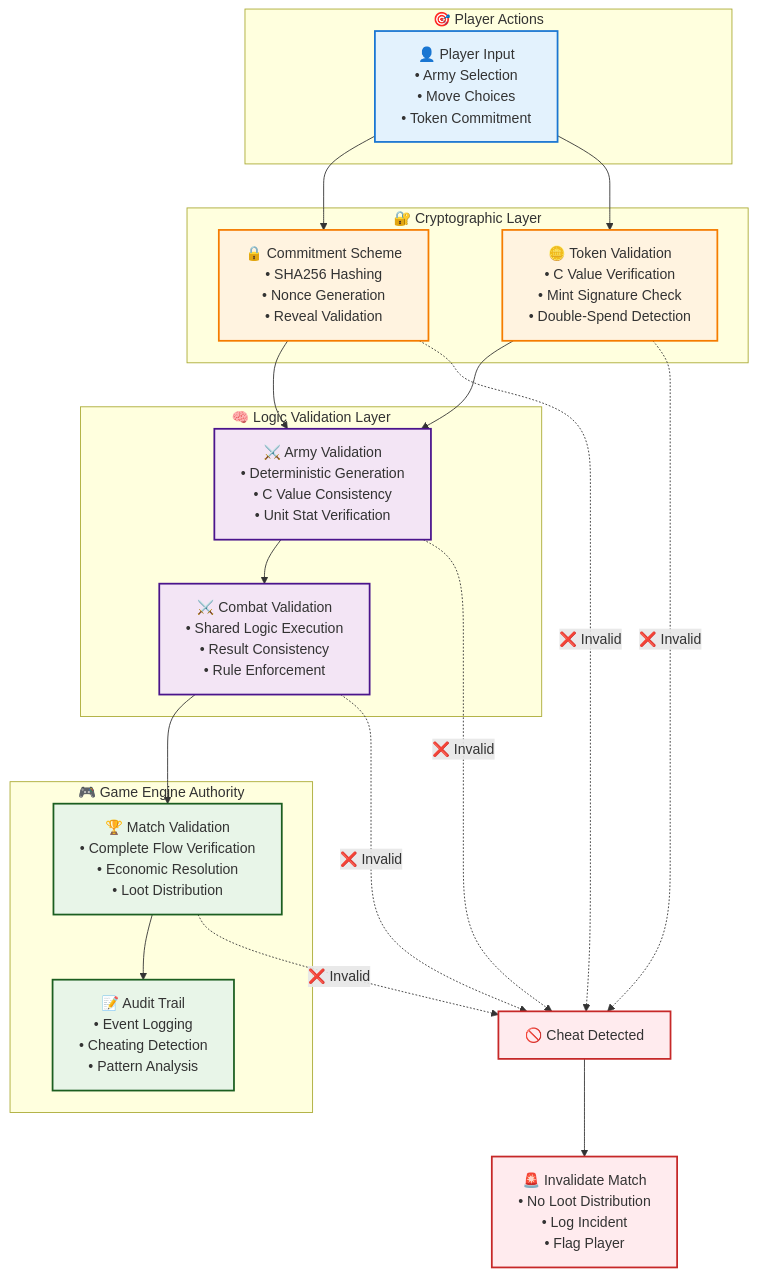
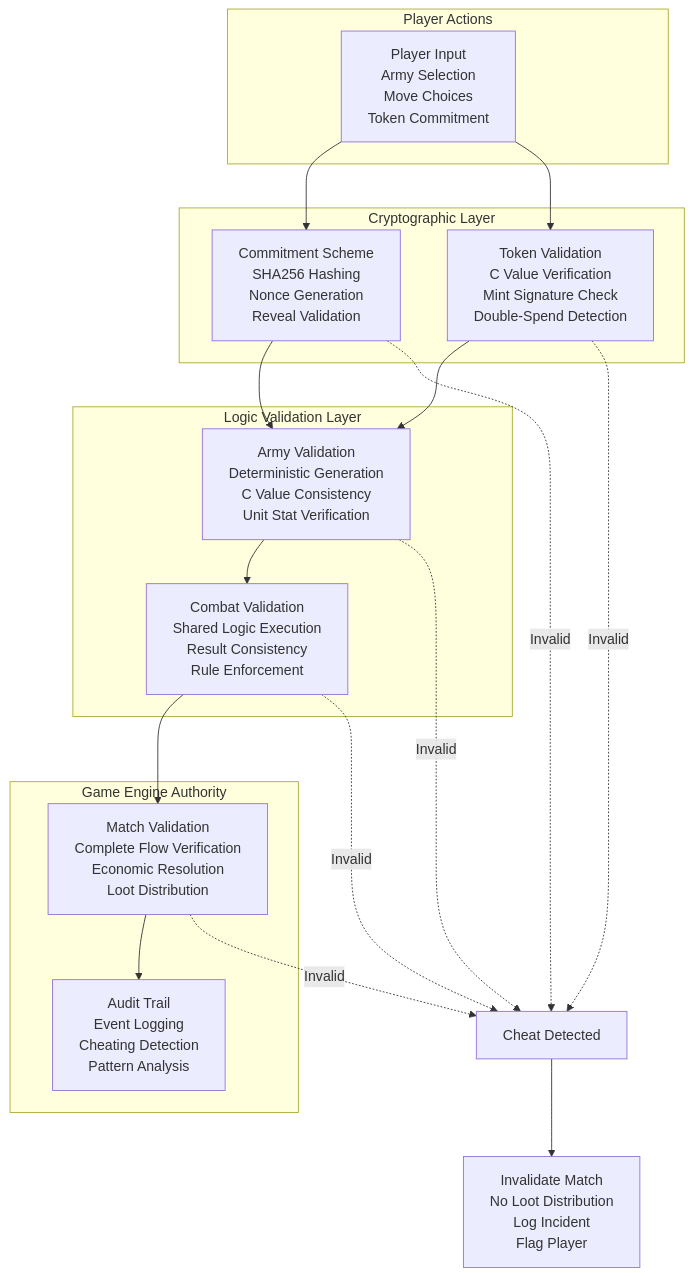
One commit to EthnTuttle/manastr changed the first of 7 diagrams in docs/diagrams/ANTI_CHEAT_VALIDATION.md. Above: the diagram before and after it, drawn with Mermaid. The commit also changed other lines of this file and 25 other files, not shown here.

First line of the commit message:
Implement optimized economic model with player-favorable edge case handling

````diff
--- a/docs/diagrams/ANTI_CHEAT_VALIDATION.md
+++ b/docs/diagrams/ANTI_CHEAT_VALIDATION.md
@@ -8,57 +8,43 @@
 ```mermaid
 graph TB
-    subgraph "🎯 Player Actions"
-        PlayerInput[👤 Player Input<br/>• Army Selection<br/>• Move Choices<br/>• Token Commitment]
+    subgraph "Player Actions"
+        PlayerInput["Player Input<br/>Army Selection<br/>Move Choices<br/>Token Commitment"]
     end
     
-    subgraph "🔐 Cryptographic Layer"
-        Commitment[🔒 Commitment Scheme<br/>• SHA256 Hashing<br/>• Nonce Generation<br/>• Reveal Validation]
+    subgraph "Cryptographic Layer"
+        Commitment["Commitment Scheme<br/>SHA256 Hashing<br/>Nonce Generation<br/>Reveal Validation"]
         
-        TokenValidation[🪙 Token Validation<br/>• C Value Verification<br/>• Mint Signature Check<br/>• Double-Spend Detection]
+        TokenValidation["Token Validation<br/>C Value Verification<br/>Mint Signature Check<br/>Double-Spend Detection"]
     end
     
-    subgraph "🧠 Logic Validation Layer"
-        ArmyValidation[⚔️ Army Validation<br/>• Deterministic Generation<br/>• C Value Consistency<br/>• Unit Stat Verification]
+    subgraph "Logic Validation Layer"
+        ArmyValidation["Army Validation<br/>Deterministic Generation<br/>C Value Consistency<br/>Unit Stat Verification"]
         
-        CombatValidation[⚔️ Combat Validation<br/>• Shared Logic Execution<br/>• Result Consistency<br/>• Rule Enforcement]
+        CombatValidation["Combat Validation<br/>Shared Logic Execution<br/>Result Consistency<br/>Rule Enforcement"]
     end
     
-    subgraph "🎮 Game Engine Authority"
-        MatchValidation[🏆 Match Validation<br/>• Complete Flow Verification<br/>• Economic Resolution<br/>• Loot Distribution]
+    subgraph "Game Engine Authority"
+        MatchValidation["Match Validation<br/>Complete Flow Verification<br/>Economic Resolution<br/>Loot Distribution"]
         
-        AuditTrail[📝 Audit Trail<br/>• Event Logging<br/>• Cheating Detection<br/>• Pattern Analysis]
+        AuditTrail["Audit Trail<br/>Event Logging<br/>Cheating Detection<br/>Pattern Analysis"]
     end
     
     PlayerInput --> Commitment
     PlayerInput --> TokenValidation
     
     Commitment --> ArmyValidation
     TokenValidation --> ArmyValidation
     
     ArmyValidation --> CombatValidation
     CombatValidation --> MatchValidation
     
     MatchValidation --> AuditTrail
     
-    %% Failure paths
-    Commitment -.->|❌ Invalid| CheatDetected[🚫 Cheat Detected]
-    TokenValidation -.->|❌ Invalid| CheatDetected
-    ArmyValidation -.->|❌ Invalid| CheatDetected
-    CombatValidation -.->|❌ Invalid| CheatDetected
-    MatchValidation -.->|❌ Invalid| CheatDetected
+    Commitment -.->|Invalid| CheatDetected["Cheat Detected"]
+    TokenValidation -.->|Invalid| CheatDetected
+    ArmyValidation -.->|Invalid| CheatDetected
+    CombatValidation -.->|Invalid| CheatDetected
+    MatchValidation -.->|Invalid| CheatDetected
     
-    CheatDetected --> Invalidate[🚨 Invalidate Match<br/>• No Loot Distribution<br/>• Log Incident<br/>• Flag Player]
-    
-    %% Styling
-    classDef player fill:#e3f2fd,stroke:#1976d2,stroke-width:2px
-    classDef crypto fill:#fff3e0,stroke:#f57c00,stroke-width:2px
-    classDef logic fill:#f3e5f5,stroke:#4a148c,stroke-width:2px
-    classDef engine fill:#e8f5e8,stroke:#1b5e20,stroke-width:2px
-    classDef failure fill:#ffebee,stroke:#c62828,stroke-width:2px
-    
-    class PlayerInput player
-    class Commitment,TokenValidation crypto
-    class ArmyValidation,CombatValidation logic
-    class MatchValidation,AuditTrail engine
-    class CheatDetected,Invalidate failure
+    CheatDetected --> Invalidate["Invalidate Match<br/>No Loot Distribution<br/>Log Incident<br/>Flag Player"]
 ```
````
